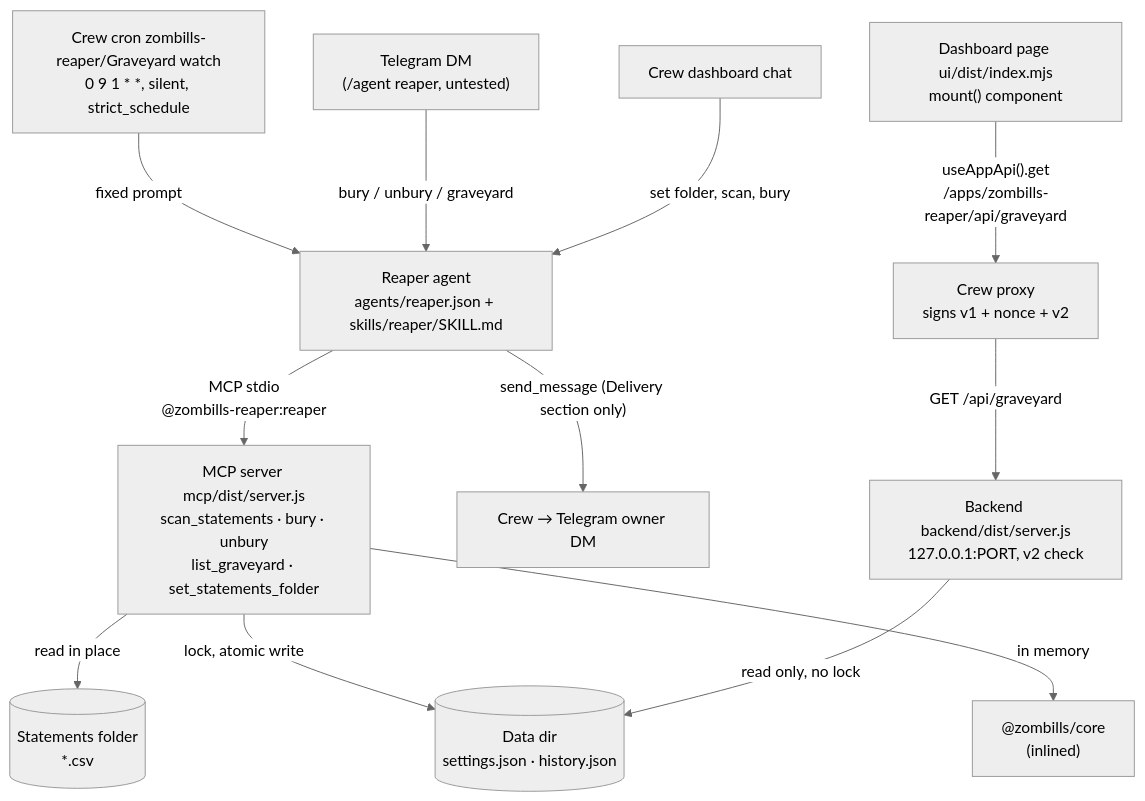
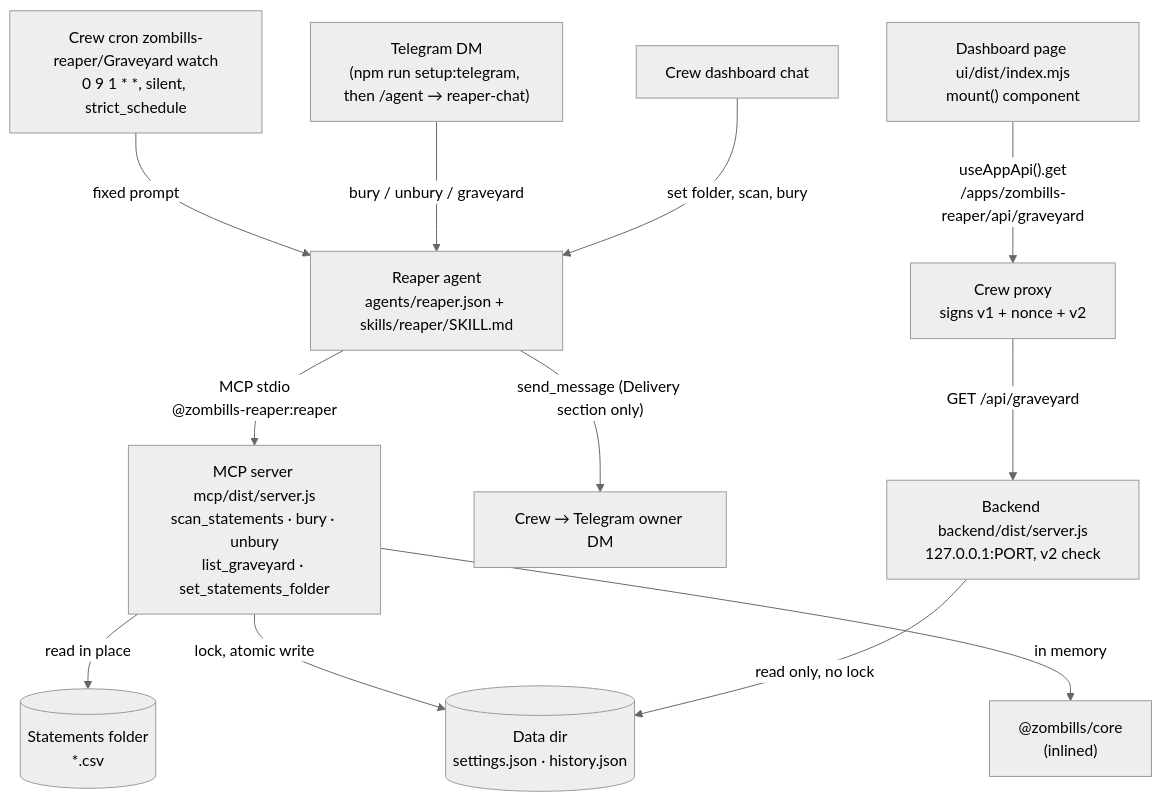
One commit to zaxcoraider/zombills-reaper changed the first of 3 diagrams in .kiro/specs/reaper/design.md. Above: the diagram before and after it, drawn with Mermaid (neutral theme). The commit also changed other lines of this file and 10 other files, not shown here.

Commit message:
feat: Telegram setup script (reaper-chat user agent), clearer app-store line, final live check notes

````diff
--- a/.kiro/specs/reaper/design.md
+++ b/.kiro/specs/reaper/design.md
@@ -67,14 +67,14 @@
 ```mermaid
 flowchart TD
     CRON["Crew cron zombills-reaper/Graveyard watch<br/>0 9 1 * *, silent, strict_schedule"] -- "fixed prompt" --> AGENT
-    TG["Telegram DM<br/>(/agent reaper, untested)"] -- "bury / unbury / graveyard" --> AGENT
+    TG["Telegram DM<br/>(npm run setup:telegram, then /agent → reaper-chat)"] -- "bury / unbury / graveyard" --> AGENT
     DCHAT["Crew dashboard chat"] -- "set folder, scan, bury" --> AGENT
     AGENT["Reaper agent<br/>agents/reaper.json + skills/reaper/SKILL.md"] -- "MCP stdio<br/>@zombills-reaper:reaper" --> MCP
     AGENT -- "send_message (Delivery section only)" --> CREWTG["Crew → Telegram owner DM"]
     MCP["MCP server mcp/dist/server.js<br/>scan_statements · bury · unbury<br/>list_graveyard · set_statements_folder"] -- "read in place" --> FOLDER[("Statements folder<br/>*.csv")]
     MCP -- "lock, atomic write" --> DATA[("Data dir<br/>settings.json · history.json")]
     MCP -- "in memory" --> CORE["@zombills/core<br/>(inlined)"]
     PAGE["Dashboard page ui/dist/index.mjs<br/>mount() component"] -- "useAppApi().get<br/>/apps/zombills-reaper/api/graveyard" --> PROXY["Crew proxy<br/>signs v1 + nonce + v2"]
     PROXY -- "GET /api/graveyard" --> BACK["Backend backend/dist/server.js<br/>127.0.0.1:PORT, v2 check"]
     BACK -- "read only, no lock" --> DATA
 ```
````
